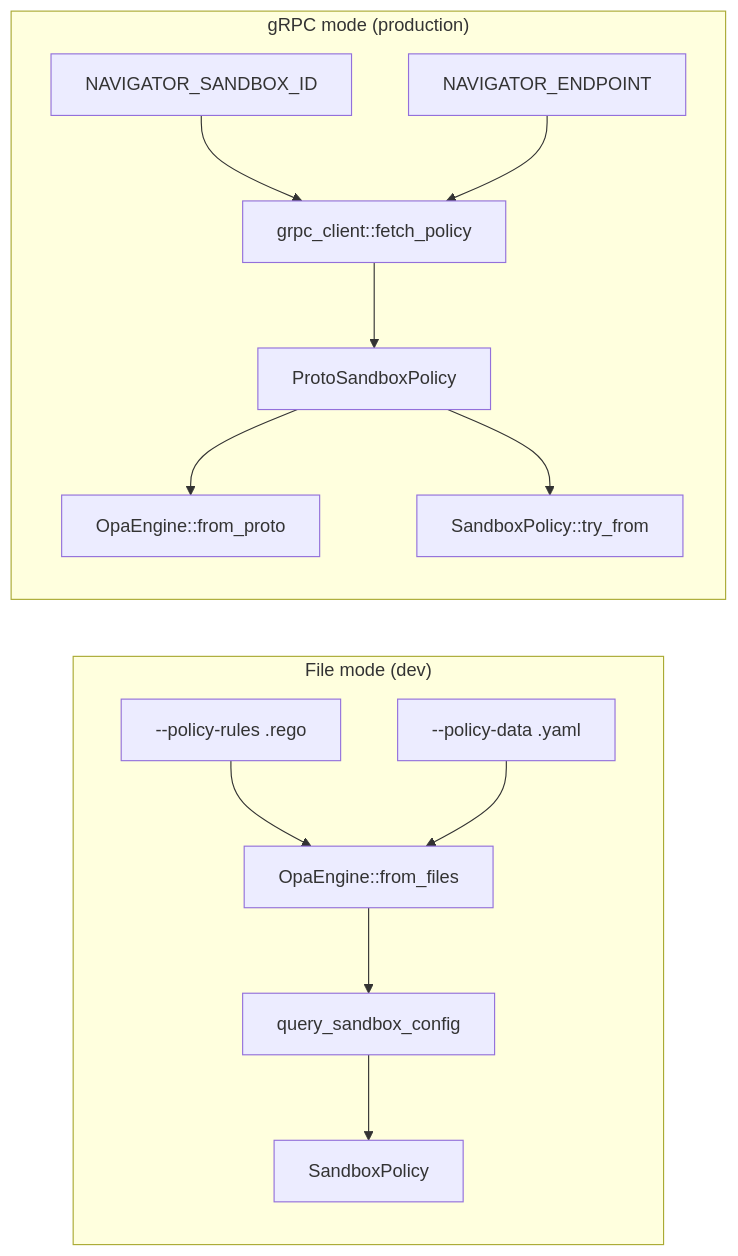
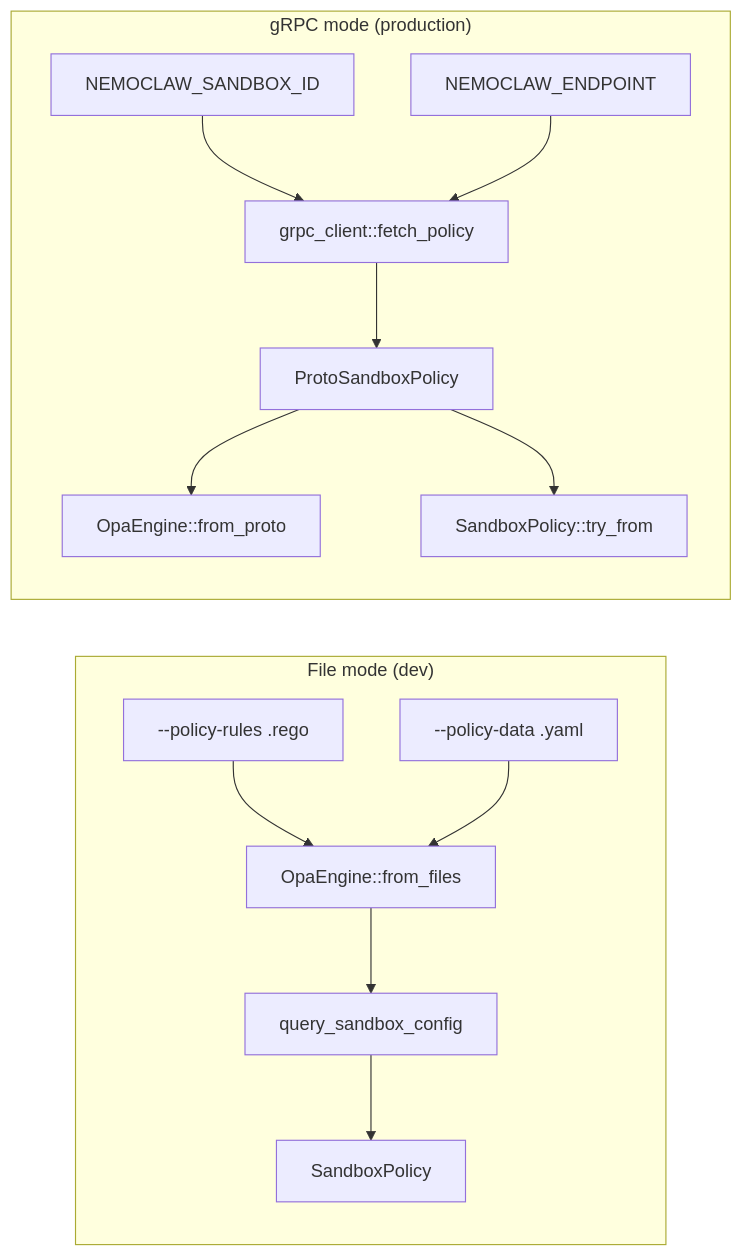
One commit to NVIDIA/OpenShell changed the second of 10 diagrams in architecture/sandbox.md. Above: the diagram before and after it, drawn with Mermaid. The commit also changed other lines of this file and 93 other files, not shown here.

````diff
--- a/architecture/sandbox.md
+++ b/architecture/sandbox.md
@@ -171,16 +171,16 @@
 ```mermaid
 flowchart LR
     subgraph "File mode (dev)"
         A[--policy-rules .rego] --> C[OpaEngine::from_files]
         B[--policy-data .yaml] --> C
         C --> D[query_sandbox_config]
         D --> E[SandboxPolicy]
     end
     subgraph "gRPC mode (production)"
-        F[NAVIGATOR_SANDBOX_ID] --> H[grpc_client::fetch_policy]
-        G[NAVIGATOR_ENDPOINT] --> H
+        F[NEMOCLAW_SANDBOX_ID] --> H[grpc_client::fetch_policy]
+        G[NEMOCLAW_ENDPOINT] --> H
         H --> I[ProtoSandboxPolicy]
         I --> J[OpaEngine::from_proto]
         I --> K[SandboxPolicy::try_from]
     end
 ```
````
